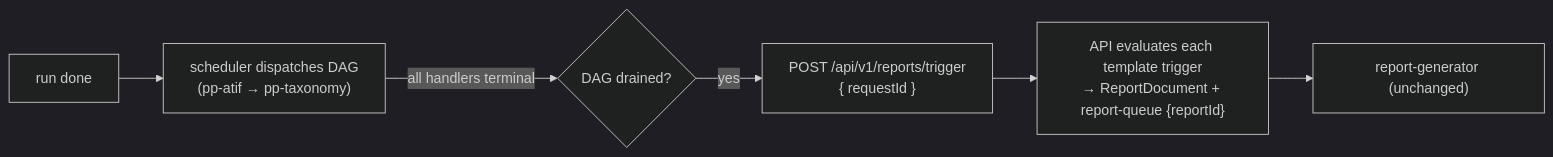
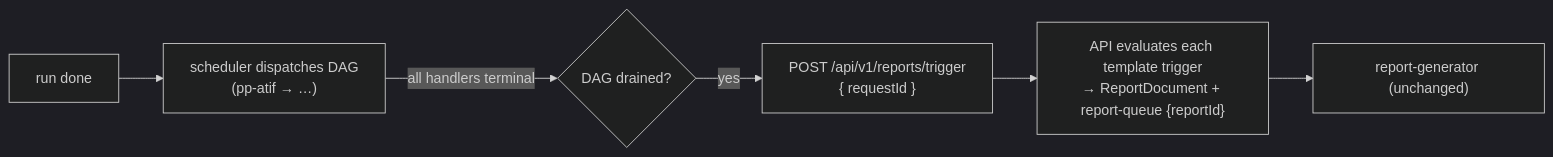
Before and after one commit to Gile987/scope: the third of 4 diagrams in docs/architecture/post-processing.md, drawn with Mermaid (dark theme). The commit also changed other lines of this file and 39 other files, not shown here.

````diff
--- a/docs/architecture/post-processing.md
+++ b/docs/architecture/post-processing.md
@@ -207,8 +154,8 @@
 ```mermaid
 flowchart LR
-    RT["run done"] --> DAG["scheduler dispatches DAG<br/>(pp-atif → pp-taxonomy)"]
+    RT["run done"] --> DAG["scheduler dispatches DAG<br/>(pp-atif → …)"]
     DAG -->|"all handlers terminal"| DR{DAG drained?}
     DR -->|yes| TRIG["POST /api/v1/reports/trigger<br/>{ requestId }"]
     TRIG --> API["API evaluates each template trigger<br/>→ ReportDocument + report-queue {reportId}"]
     API --> RG["report-generator (unchanged)"]
 ```
````
